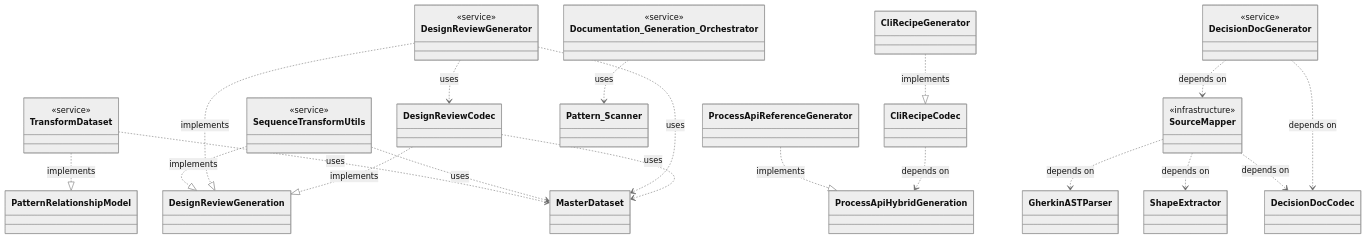
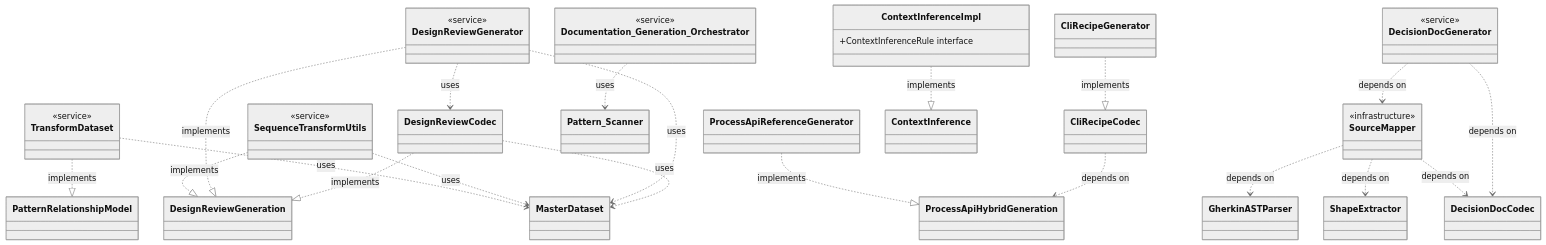
Before and after one commit to libar-dev/architect: the third of 6 diagrams in docs-live/reference/REFERENCE-SAMPLE.md, drawn with Mermaid (neutral theme). The commit also changed 34 other files, not shown here.

````diff
--- a/docs-live/reference/REFERENCE-SAMPLE.md
+++ b/docs-live/reference/REFERENCE-SAMPLE.md
@@ -243,53 +243,58 @@
 ```mermaid
 classDiagram
     class SourceMapper {
         <<infrastructure>>
     }
     class Documentation_Generation_Orchestrator {
         <<service>>
     }
     class TransformDataset {
         <<service>>
     }
     class SequenceTransformUtils {
         <<service>>
+    }
+    class ContextInferenceImpl {
+        +ContextInferenceRule interface
     }
     class ProcessApiReferenceGenerator {
     }
     class DesignReviewGenerator {
         <<service>>
     }
     class DecisionDocGenerator {
         <<service>>
     }
     class CliRecipeGenerator {
     }
     class MasterDataset
     class Pattern_Scanner
     class GherkinASTParser
     class ShapeExtractor
     class DesignReviewCodec
     class DecisionDocCodec
     class ProcessApiHybridGeneration
     class PatternRelationshipModel
     class DesignReviewGeneration
     class CliRecipeCodec
+    class ContextInference
     SourceMapper ..> DecisionDocCodec : depends on
     SourceMapper ..> ShapeExtractor : depends on
     SourceMapper ..> GherkinASTParser : depends on
     Documentation_Generation_Orchestrator ..> Pattern_Scanner : uses
     TransformDataset ..> MasterDataset : uses
     TransformDataset ..|> PatternRelationshipModel : implements
     SequenceTransformUtils ..> MasterDataset : uses
     SequenceTransformUtils ..|> DesignReviewGeneration : implements
+    ContextInferenceImpl ..|> ContextInference : implements
     ProcessApiReferenceGenerator ..|> ProcessApiHybridGeneration : implements
     DesignReviewGenerator ..> DesignReviewCodec : uses
     DesignReviewGenerator ..> MasterDataset : uses
     DesignReviewGenerator ..|> DesignReviewGeneration : implements
     DecisionDocGenerator ..> DecisionDocCodec : depends on
     DecisionDocGenerator ..> SourceMapper : depends on
     CliRecipeGenerator ..|> CliRecipeCodec : implements
     DesignReviewCodec ..> MasterDataset : uses
     DesignReviewCodec ..|> DesignReviewGeneration : implements
     CliRecipeCodec ..> ProcessApiHybridGeneration : depends on
 ```
````
